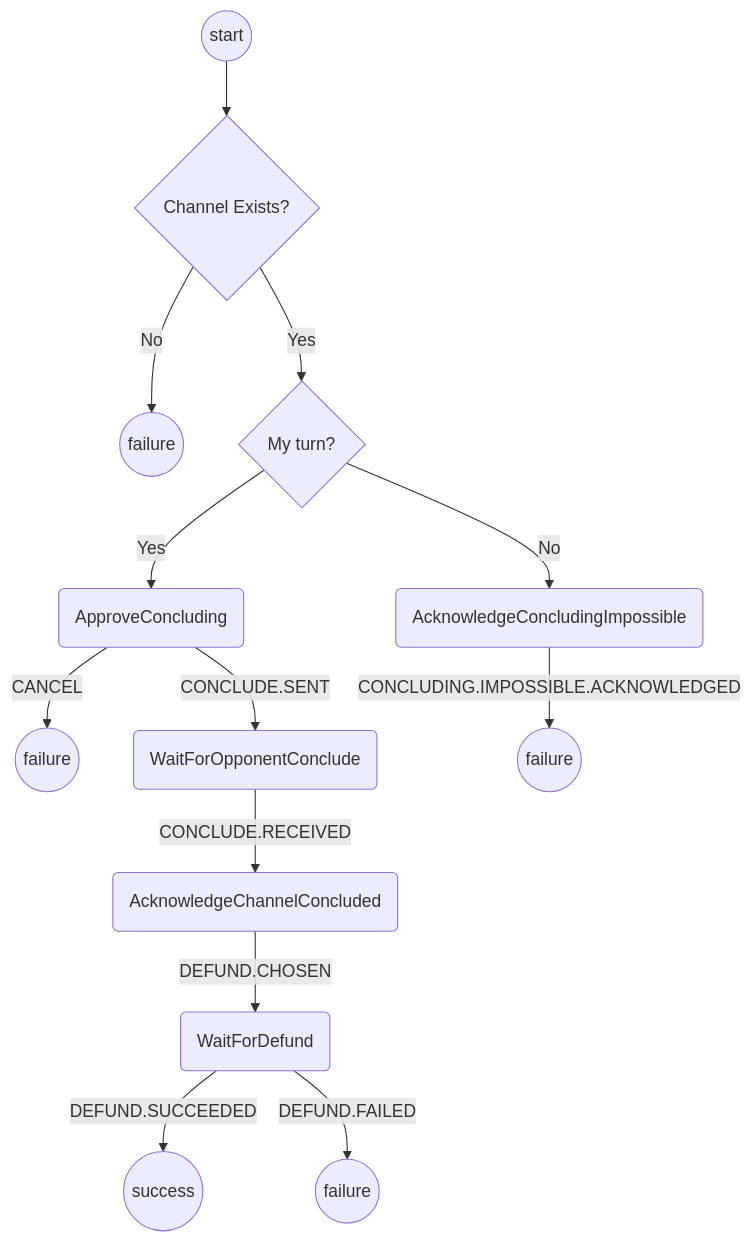
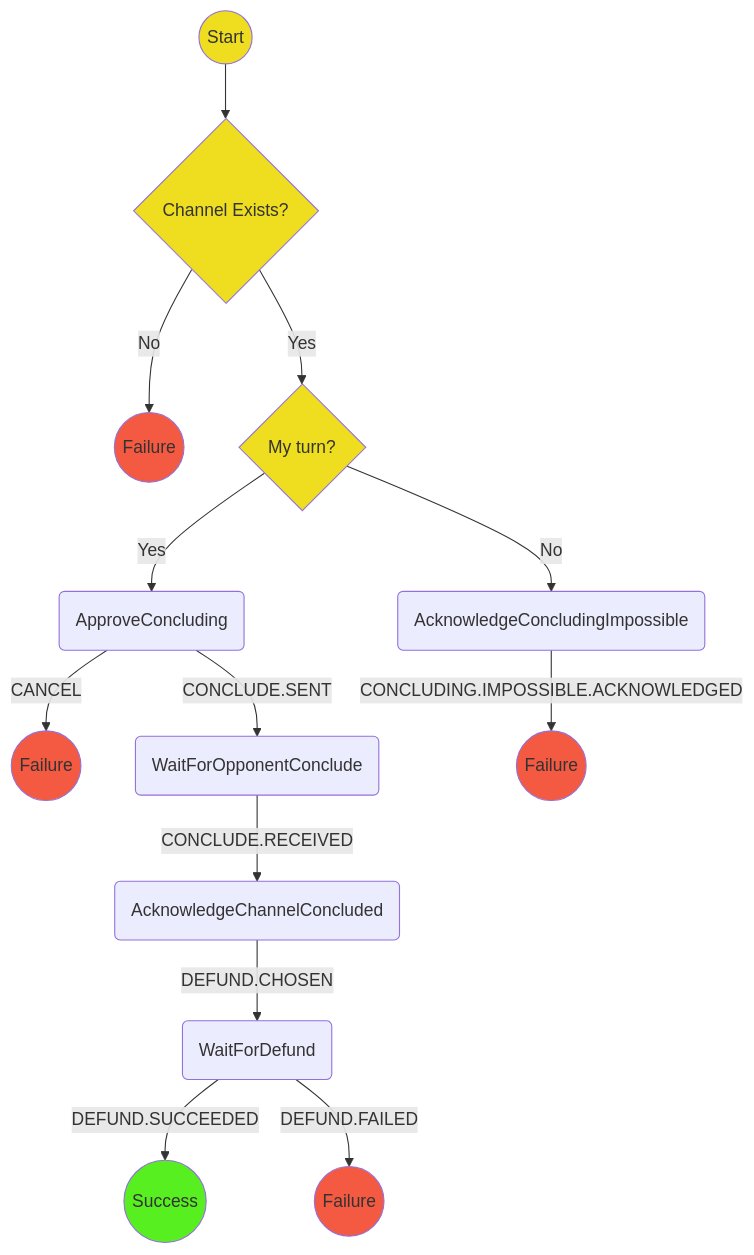
Before and after one commit to magmo/apps: the diagram in packages/wallet/src/redux/protocols/concluding/readme.md, drawn with Mermaid. The commit also changed other lines of this file and 2 other files, not shown here.

Commit message:
Finalize protocol scope

````diff
--- a/packages/wallet/src/redux/protocols/concluding/readme.md
+++ b/packages/wallet/src/redux/protocols/concluding/readme.md
@@ -20,15 +21,23 @@
 ```mermaid
 graph TD
-  S((start)) --> E{Channel Exists?}
-  E --> |No| F1((failure))
-  E --> |Yes| CR{My turn?}
-  CR  --> |Yes| CC(ApproveConcluding)
-  CR  --> |No| RC(AcknowledgeConcludingImpossible)
-  CC  --> |CANCEL| F2((failure))
+  S((Start)) --> E{Channel Exists?}
+  E --> |No| F1((Failure))
+  E --> |Yes| MT{My turn?}
+  MT  --> |Yes| CC(ApproveConcluding)
+  MT  --> |No| RC(AcknowledgeConcludingImpossible)
+  CC  --> |CANCEL| F2((Failure))
   CC  --> |CONCLUDE.SENT| WOC(WaitForOpponentConclude)
   WOC --> |CONCLUDE.RECEIVED| ACC(AcknowledgeChannelConcluded)
   ACC --> |DEFUND.CHOSEN| D(WaitForDefund)
-  D   --> |DEFUND.SUCCEEDED| SS((success))
-  D   --> |DEFUND.FAILED| F3((failure))
-  RC  --> |CONCLUDING.IMPOSSIBLE.ACKNOWLEDGED| F4((failure))
+  D   --> |DEFUND.SUCCEEDED| SS((Success))
+  D   --> |DEFUND.FAILED| F3((Failure))
+  RC  --> |CONCLUDING.IMPOSSIBLE.ACKNOWLEDGED| F4((Failure))
+  style S  fill:#efdd20
+  style E  fill:#efdd20
+  style MT fill:#efdd20
+  style SS fill:#58ef21
+  style F1 fill:#f45941
+  style F2 fill:#f45941
+  style F3 fill:#f45941
+  style F4 fill:#f45941
 ```
````
